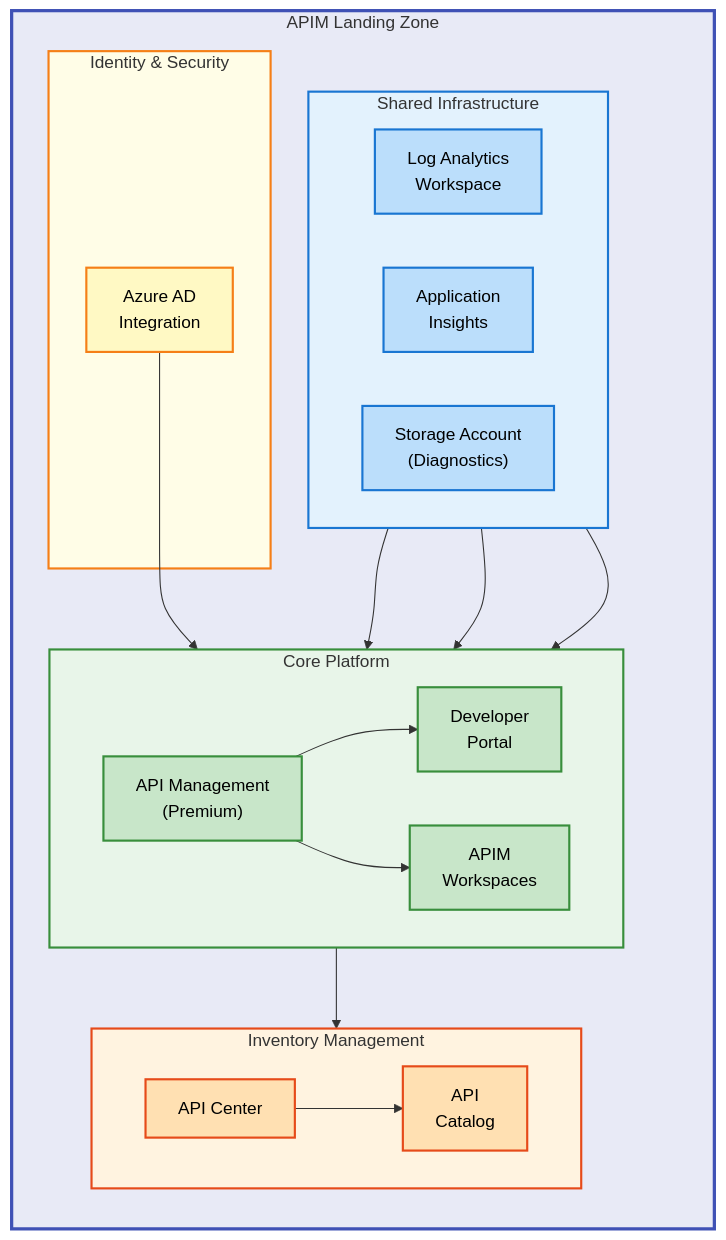
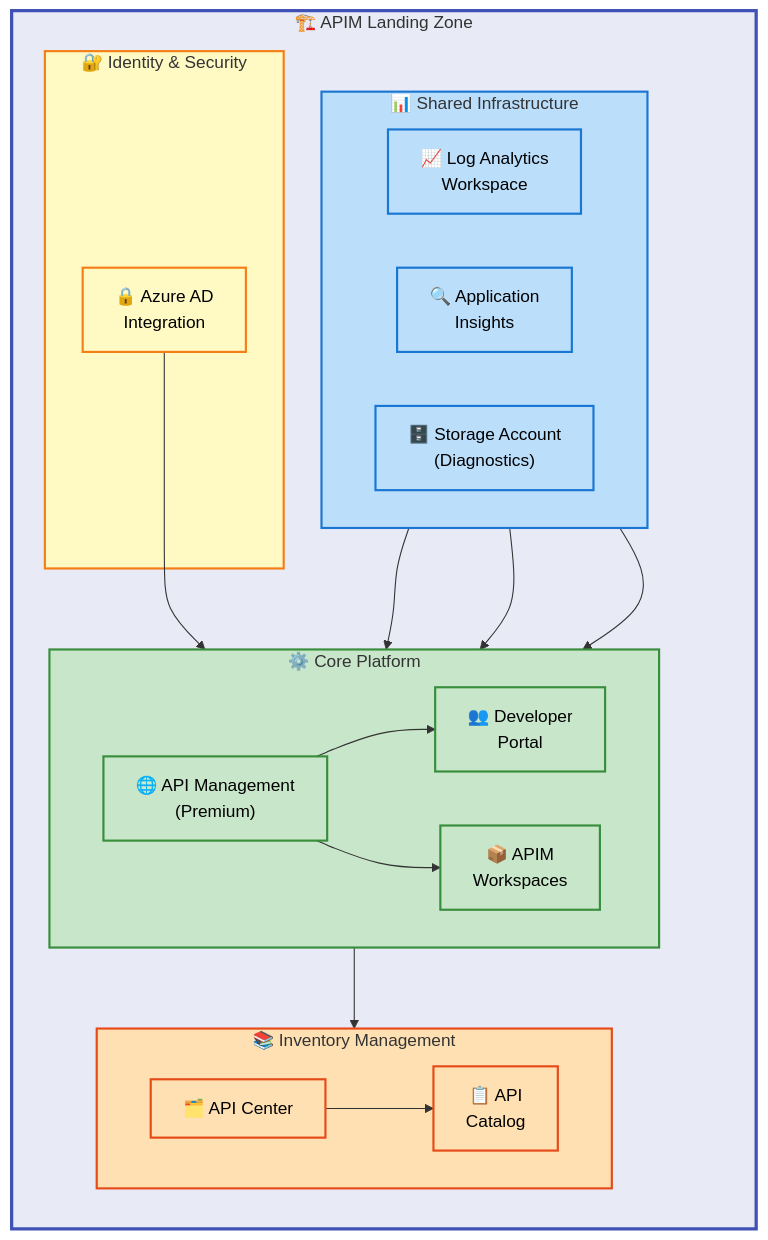
One commit to Evilazaro/APIM-Accelerator changed the first of 2 diagrams in README.md. Above: the diagram before and after it, drawn with Mermaid. The commit also changed other lines of this file, not shown here.

Commit message:
Update architecture and deployment diagrams in README.md for enhanced clarity and accessibility

````diff
--- a/README.md
+++ b/README.md
@@ -40,59 +40,78 @@
 ```mermaid
 %%{init: {"flowchart": {"htmlLabels": false}} }%%
 flowchart TB
     %% ============================================
     %% DIAGRAM METADATA
     %% Title: APIM Accelerator Architecture
     %% Purpose: Show 3-tier landing zone structure
-    %% Version: 1.0.0 | Updated: 2026-02-05
+    %% Version: 2.0.0 | Updated: 2026-02-05
+    %% ============================================
+
+    %% ============================================
+    %% STANDARD COLOR SCHEME v2.1
+    %% ============================================
+    %% HIERARCHICAL (structural nesting):
+    %%   Level 1: #E8EAF6 (Indigo 50) - Main container
+    %%   Level 2: #C5CAE9 (Indigo 100) - Sub-containers
+    %% SEMANTIC (functional purpose - for sibling subgraphs):
+    %%   Blue=#BBDEFB (Monitoring), Green=#C8E6C9 (Platform)
+    %%   Orange=#FFE0B2 (Inventory), Yellow=#FFF9C4 (Security)
     %% ============================================
 
     classDef mainGroup fill:#E8EAF6,stroke:#3F51B5,stroke-width:3px,color:#000
+    classDef subGroup fill:#C5CAE9,stroke:#3F51B5,stroke-width:2px,color:#000
     classDef mdBlue fill:#BBDEFB,stroke:#1976D2,stroke-width:2px,color:#000
     classDef mdGreen fill:#C8E6C9,stroke:#388E3C,stroke-width:2px,color:#000
     classDef mdOrange fill:#FFE0B2,stroke:#E64A19,stroke-width:2px,color:#000
     classDef mdYellow fill:#FFF9C4,stroke:#F57F17,stroke-width:2px,color:#000
 
-    subgraph landing["APIM Landing Zone"]
+    subgraph landing["🏗️ APIM Landing Zone"]
         direction TB
 
-        subgraph shared["Shared Infrastructure"]
+        subgraph shared["📊 Shared Infrastructure"]
             direction LR
-            law["Log Analytics<br/>Workspace"]:::mdBlue
-            ai["Application<br/>Insights"]:::mdBlue
-            storage["Storage Account<br/>(Diagnostics)"]:::mdBlue
+            law["📈 Log Analytics<br/>Workspace"]:::mdBlue
+            ai["🔍 Application<br/>Insights"]:::mdBlue
+            storage["🗄️ Storage Account<br/>(Diagnostics)"]:::mdBlue
         end
 
-        subgraph core["Core Platform"]
+        subgraph core["⚙️ Core Platform"]
             direction LR
-            apim["API Management<br/>(Premium)"]:::mdGreen
-            portal["Developer<br/>Portal"]:::mdGreen
-            workspaces["APIM<br/>Workspaces"]:::mdGreen
+            apim["🌐 API Management<br/>(Premium)"]:::mdGreen
+            portal["👥 Developer<br/>Portal"]:::mdGreen
+            workspaces["📦 APIM<br/>Workspaces"]:::mdGreen
         end
 
-        subgraph inventory["Inventory Management"]
+        subgraph inventory["📚 Inventory Management"]
             direction LR
-            apicenter["API Center"]:::mdOrange
-            catalog["API<br/>Catalog"]:::mdOrange
+            apicenter["🗂️ API Center"]:::mdOrange
+            catalog["📋 API<br/>Catalog"]:::mdOrange
         end
 
-        subgraph identity["Identity & Security"]
-            aad["Azure AD<br/>Integration"]:::mdYellow
+        subgraph identity["🔐 Identity & Security"]
+            aad["🔒 Azure AD<br/>Integration"]:::mdYellow
         end
 
         law --> apim
         ai --> apim
         storage --> apim
         apim --> portal
         apim --> workspaces
         apim --> apicenter
         apicenter --> catalog
         aad --> portal
     end
 
+    %% ============================================
+    %% SUBGRAPH STYLING
+    %% Level 1: Main container (#E8EAF6)
+    %% Level 2: Functional siblings (semantic colors)
+    %% ============================================
     style landing fill:#E8EAF6,stroke:#3F51B5,stroke-width:3px
-    style shared fill:#E3F2FD,stroke:#1976D2,stroke-width:2px
-    style core fill:#E8F5E9,stroke:#388E3C,stroke-width:2px
-    style inventory fill:#FFF3E0,stroke:#E64A19,stroke-width:2px
-    style identity fill:#FFFDE7,stroke:#F57F17,stroke-width:2px
+    style shared fill:#BBDEFB,stroke:#1976D2,stroke-width:2px
+    style core fill:#C8E6C9,stroke:#388E3C,stroke-width:2px
+    style inventory fill:#FFE0B2,stroke:#E64A19,stroke-width:2px
+    style identity fill:#FFF9C4,stroke:#F57F17,stroke-width:2px
+
+    %% Accessibility: WCAG AA verified (4.5:1 contrast ratio)
 ```
````
